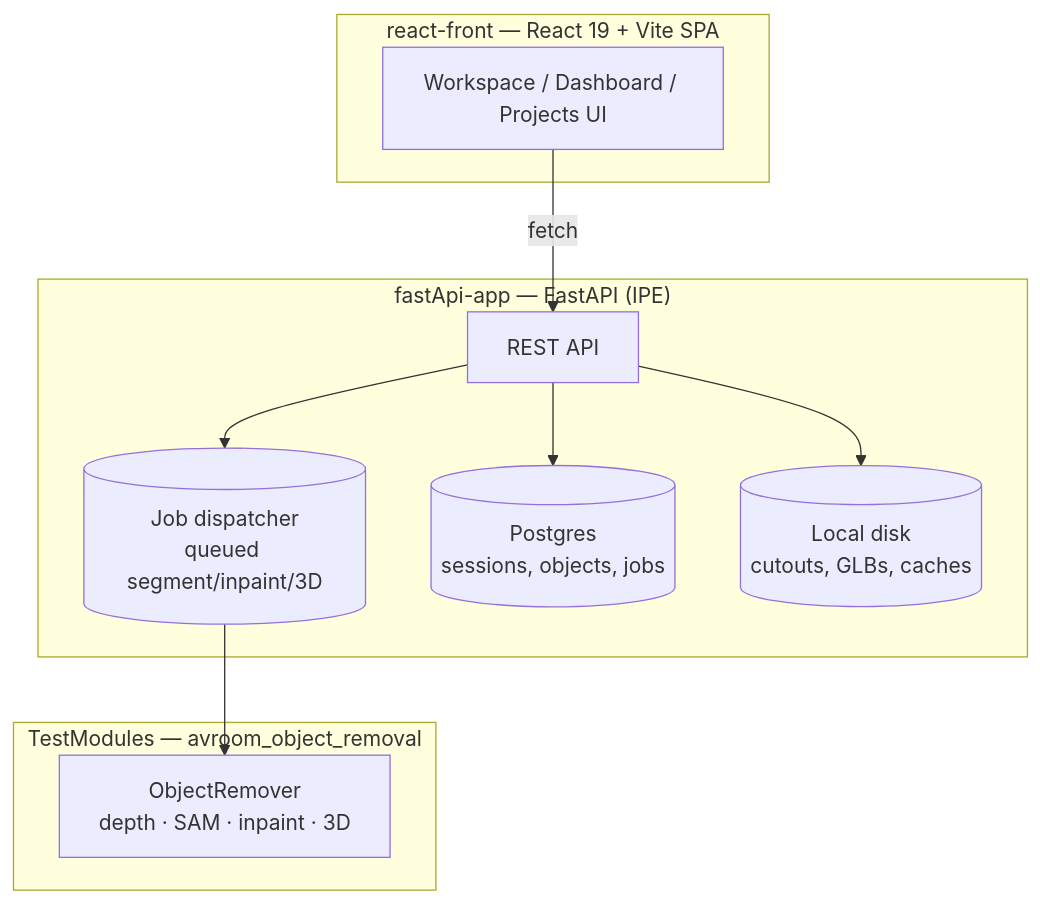
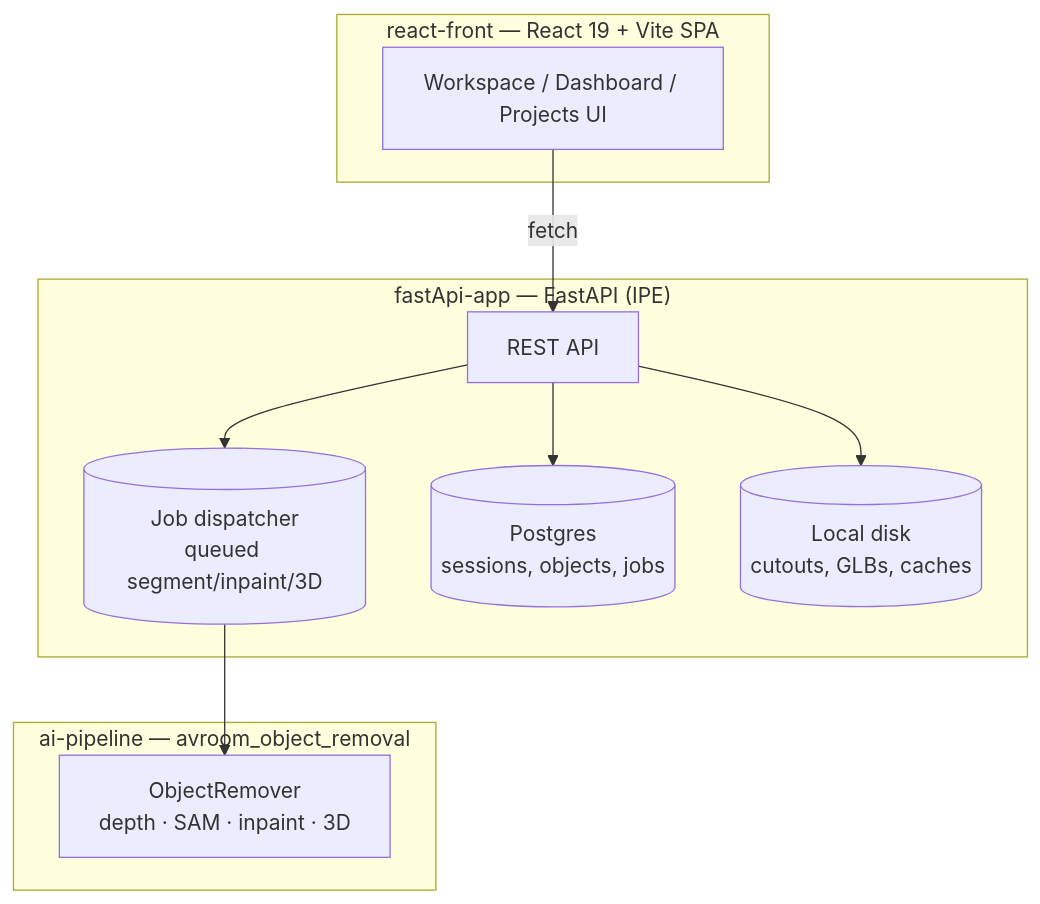
The diagram in README.md (1mache/avroom), drawn with Mermaid before and after one commit. The commit also changed other lines of this file and 229 other files, not shown here.

````diff
--- a/README.md
+++ b/README.md
@@ -80,20 +80,20 @@
 ```mermaid
 graph TB
     subgraph Frontend["react-front — React 19 + Vite SPA"]
         FE[Workspace / Dashboard / Projects UI]
     end
     subgraph Backend["fastApi-app — FastAPI (IPE)"]
         API[REST API]
         JQ[(Job dispatcher<br>queued segment/inpaint/3D)]
         PG[(Postgres<br>sessions, objects, jobs)]
         Blobs[(Local disk<br>cutouts, GLBs, caches)]
     end
-    subgraph Pipeline["TestModules — avroom_object_removal"]
+    subgraph Pipeline["ai-pipeline — avroom_object_removal"]
         AI[ObjectRemover<br>depth · SAM · inpaint · 3D]
     end
 
     FE -- fetch --> API
     API --> JQ --> AI
     API --> PG
     API --> Blobs
 ```
````
